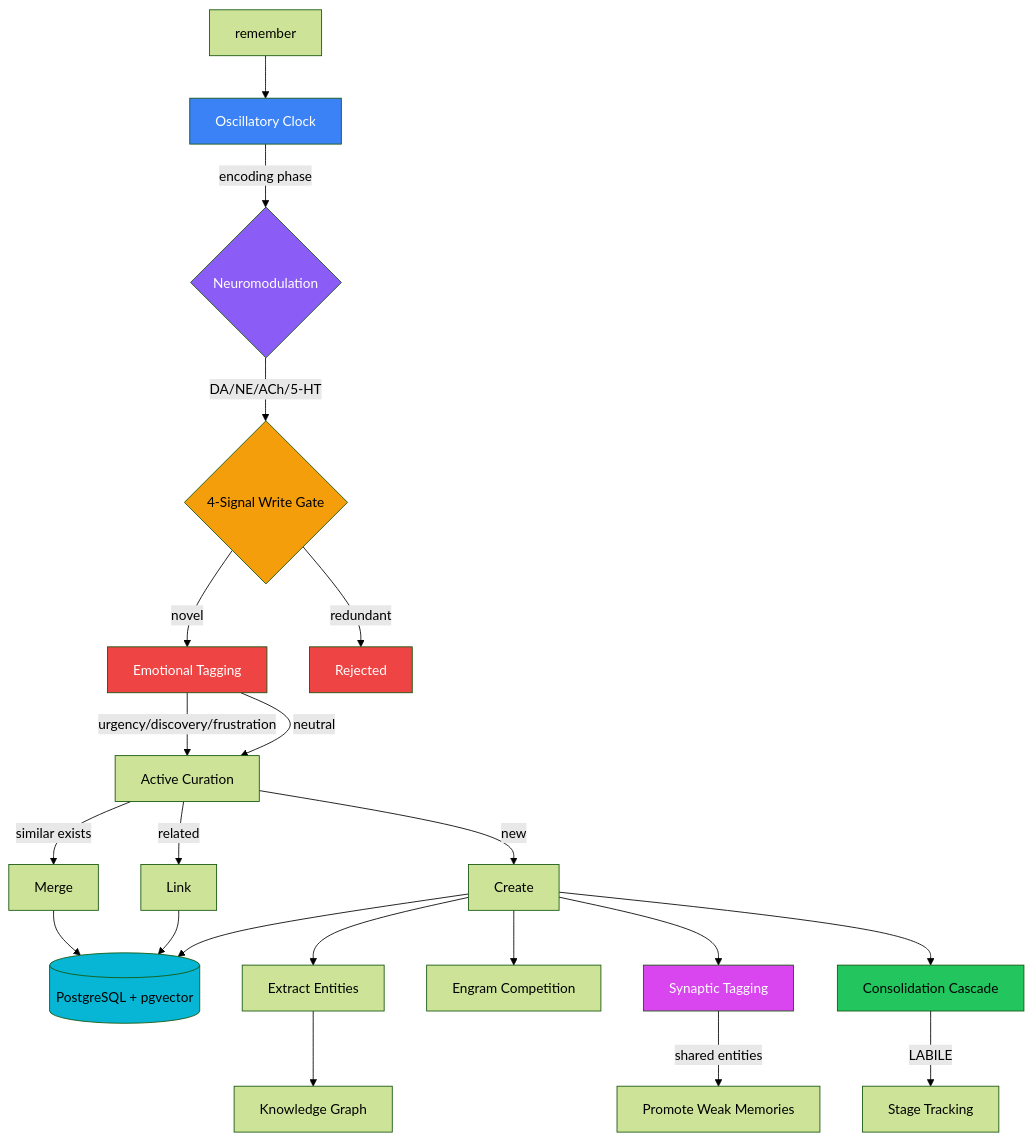
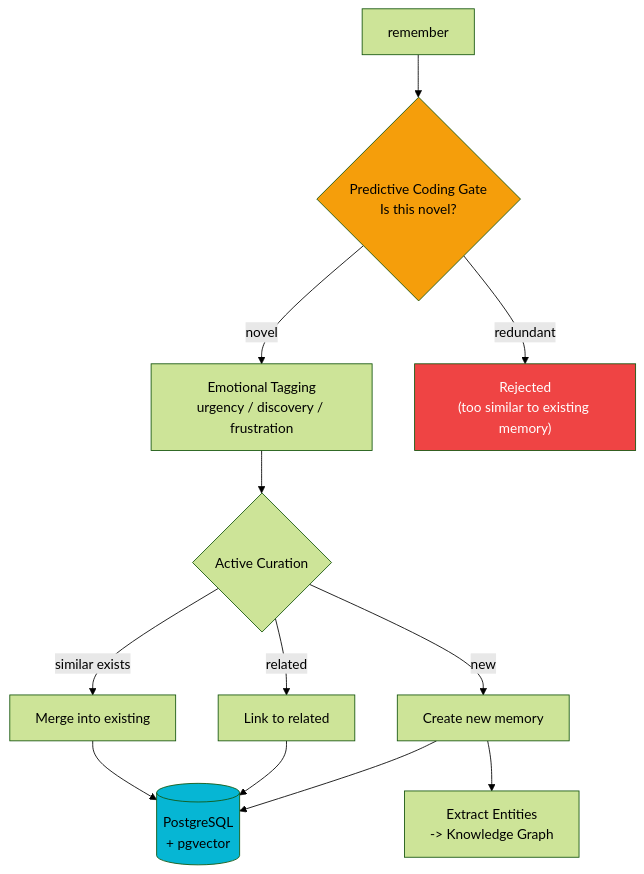
The second of 7 diagrams in README.md (cdeust/Cortex), drawn with Mermaid (forest theme) before and after one commit. The commit also changed other lines of this file and 14 other files, not shown here.

````diff
--- a/README.md
+++ b/README.md
@@ -379,32 +176,18 @@
 ```mermaid
 flowchart TD
-    A[remember] --> OC[Oscillatory Clock]
-    OC -->|encoding phase| NM{Neuromodulation}
-    NM -->|DA/NE/ACh/5-HT| B{4-Signal Write Gate}
-    B -->|novel| ET[Emotional Tagging]
-    B -->|redundant| X[Rejected]
-    ET -->|urgency/discovery/frustration| C[Active Curation]
-    ET -->|neutral| C
-    C -->|similar exists| D[Merge]
-    C -->|related| E[Link]
-    C -->|new| F[Create]
-    D --> G[(PostgreSQL + pgvector)]
-    E --> G
-    F --> G
-    F --> H[Extract Entities]
-    H --> I[Knowledge Graph]
-    F --> J[Engram Competition]
-    F --> ST[Synaptic Tagging]
-    ST -->|shared entities| K[Promote Weak Memories]
-    F --> CS[Consolidation Cascade]
-    CS -->|LABILE| L[Stage Tracking]
+    A["remember"] --> B{"Predictive Coding Gate<br/>Is this novel?"}
+    B -->|novel| C["Emotional Tagging<br/>urgency / discovery / frustration"]
+    B -->|redundant| X["Rejected<br/>(too similar to existing memory)"]
+    C --> D{"Active Curation"}
+    D -->|similar exists| E["Merge into existing"]
+    D -->|related| F["Link to related"]
+    D -->|new| G["Create new memory"]
+    E --> H[("PostgreSQL<br/>+ pgvector")]
+    F --> H
+    G --> H
+    G --> I["Extract Entities<br/>-> Knowledge Graph"]
 
-    style OC fill:#3b82f6,color:#fff
-    style NM fill:#8b5cf6,color:#fff
     style B fill:#f59e0b,color:#000
-    style ET fill:#ef4444,color:#fff
-    style G fill:#06b6d4,color:#000
+    style H fill:#06b6d4,color:#000
     style X fill:#ef4444,color:#fff
-    style ST fill:#d946ef,color:#fff
-    style CS fill:#22c55e,color:#000
 ```
````
